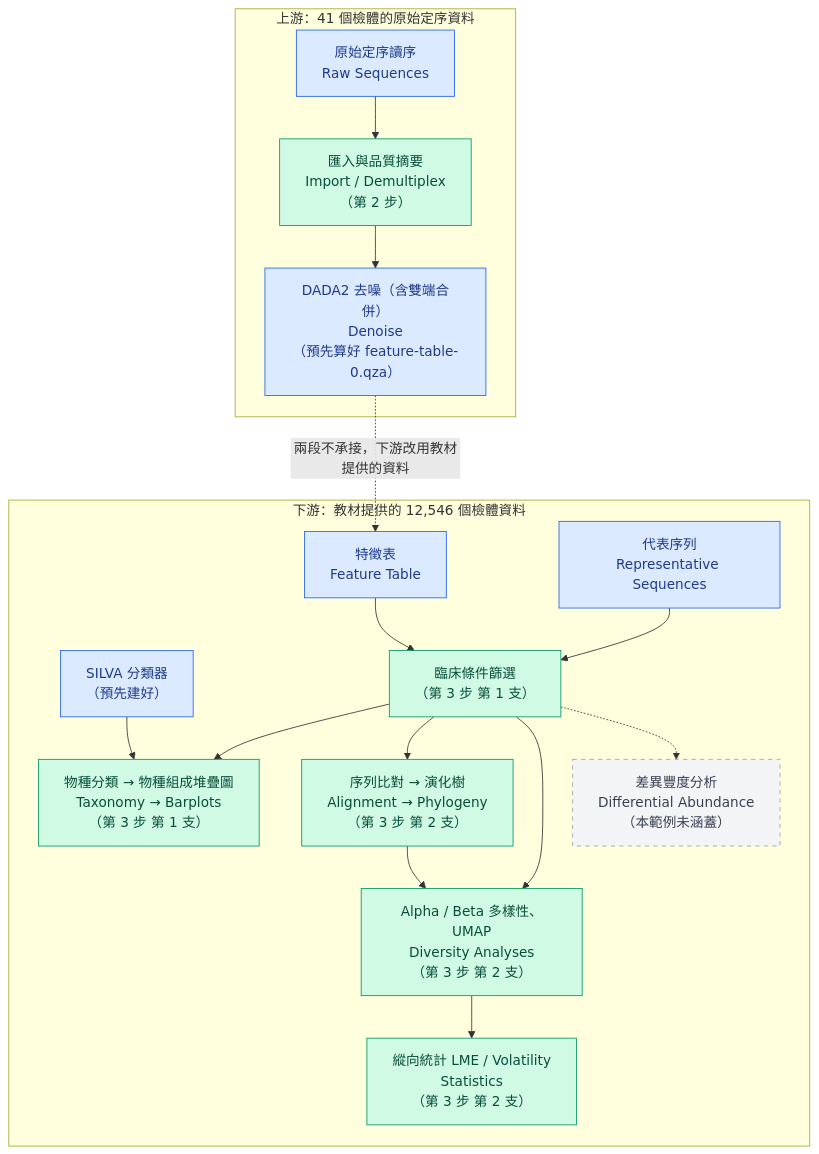
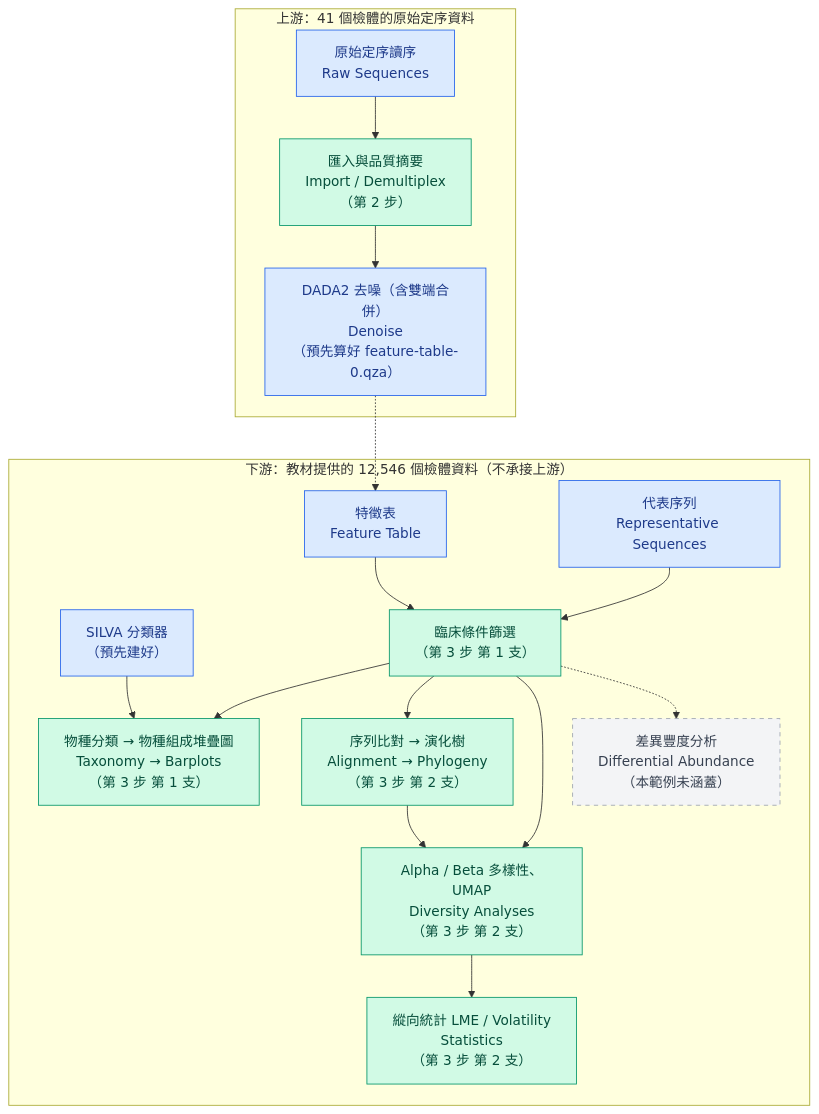
Before and after one commit to gemini960114/nano4-ngs-slurm-skill: the second of 2 diagrams in 04-qiime2-microbiome-pipeline/README.md, drawn with Mermaid. The commit also changed other lines of this file, not shown here.

Commit message:
docs(04): fix Mermaid render error on the VitePress site
Mermaid 11 on the site fails to place edge labels in these layouts
("Could not find a suitable point for the given distance"), which shows
as "Syntax error in text". Move the afterok note into the node text and
the "不承接上游" note into the downstream subgraph title, so no edge
carries a label. GitHub rendered both versions fine.

````diff
--- a/04-qiime2-microbiome-pipeline/README.md
+++ b/04-qiime2-microbiome-pipeline/README.md
@@ -34,31 +34,31 @@
 ```mermaid
 flowchart TD
     subgraph UP["上游：41 個檢體的原始定序資料"]
         RAW["原始定序讀序<br>Raw Sequences"] --> IMP["匯入與品質摘要<br>Import / Demultiplex<br>（第 2 步）"]
         IMP --> DN["DADA2 去噪（含雙端合併）<br>Denoise<br>（預先算好 feature-table-0.qza）"]
     end
 
-    subgraph DOWN["下游：教材提供的 12,546 個檢體資料"]
+    subgraph DOWN["下游：教材提供的 12,546 個檢體資料（不承接上游）"]
         FT["特徵表<br>Feature Table"]
         RS["代表序列<br>Representative Sequences"]
         CLF["SILVA 分類器<br>（預先建好）"]
         FT --> FIL["臨床條件篩選<br>（第 3 步 第 1 支）"]
         RS --> FIL
         FIL --> TAX["物種分類 → 物種組成堆疊圖<br>Taxonomy → Barplots<br>（第 3 步 第 1 支）"]
         CLF --> TAX
         FIL --> PHY["序列比對 → 演化樹<br>Alignment → Phylogeny<br>（第 3 步 第 2 支）"]
         FIL --> DIV["Alpha / Beta 多樣性、UMAP<br>Diversity Analyses<br>（第 3 步 第 2 支）"]
         PHY --> DIV
         DIV --> STA["縱向統計 LME / Volatility<br>Statistics<br>（第 3 步 第 2 支）"]
         FIL -.-> DA["差異豐度分析<br>Differential Abundance<br>（本範例未涵蓋）"]
     end
 
-    DN -. "兩段不承接，下游改用教材提供的資料" .-> FT
+    DN -.-> FT
 
     classDef run fill:#d1fae5,stroke:#059669,color:#064e3b
     classDef pre fill:#dbeafe,stroke:#2563eb,color:#1e3a8a
     classDef none fill:#f3f4f6,stroke:#9ca3af,color:#374151,stroke-dasharray:5 5
     class IMP,FIL,TAX,PHY,DIV,STA run
     class RAW,DN,FT,RS,CLF pre
     class DA none
 ```
````
